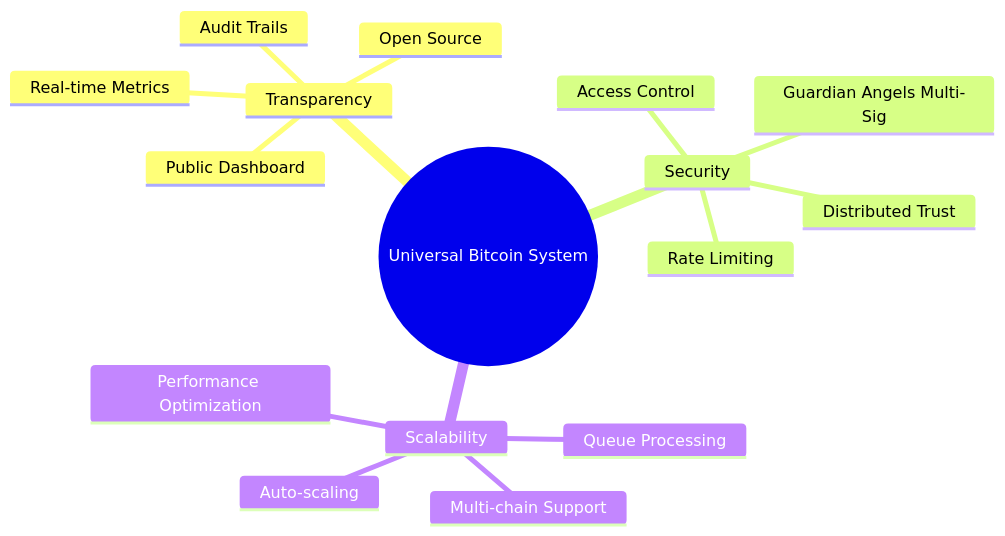
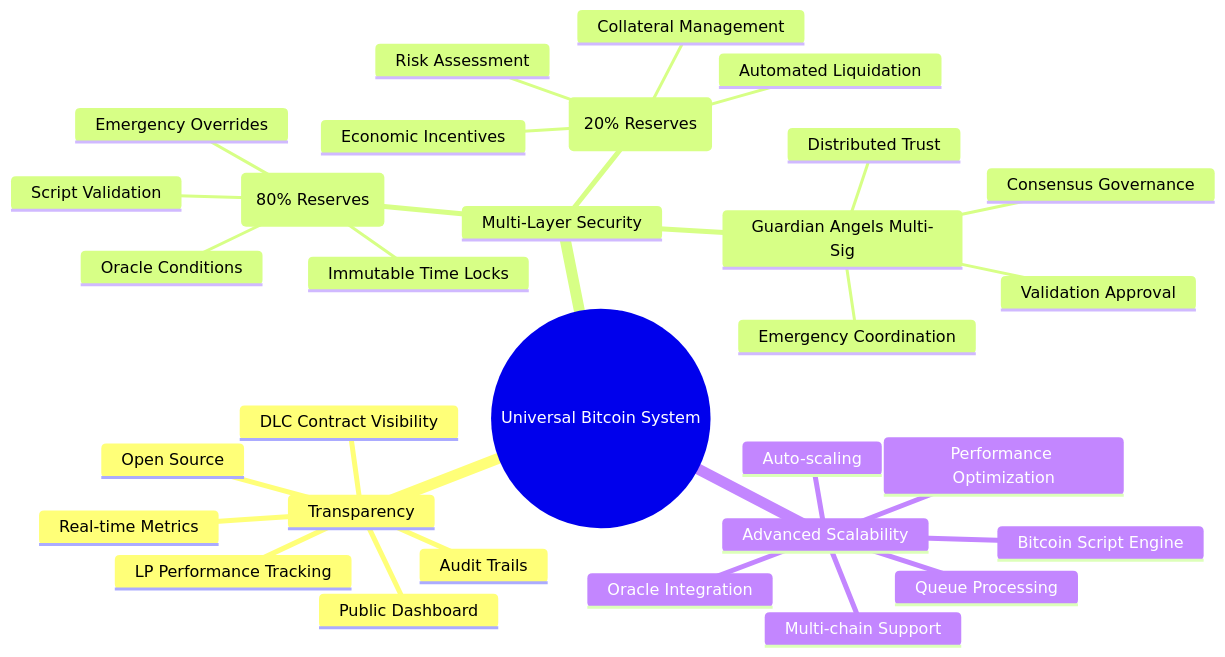
The first of 7 diagrams in .kilocode/rules/MEMORY-MAP.md (pepeneif/UniversalBitcoin), drawn with Mermaid before and after one commit. The commit also changed other lines of this file and 2 other files, not shown here.

Commit message:
Adding some ideas about DLCs as additional security layer for the BTC reserves

````diff
--- a/.kilocode/rules/MEMORY-MAP.md
+++ b/.kilocode/rules/MEMORY-MAP.md
@@ -33,21 +33,38 @@
 ```mermaid
 mindmap
   root((Universal Bitcoin System))
     Transparency
       Public Dashboard
       Real-time Metrics
+      DLC Contract Visibility
+      LP Performance Tracking
       Audit Trails
       Open Source
     
-    Security
+    Multi-Layer Security
+      DLC Protection (80% Reserves)
+        Immutable Time Locks
+        Oracle Conditions
+        Emergency Overrides
+        Script Validation
+      
+      Liquidity Providers (20% Reserves)
+        Economic Incentives
+        Collateral Management
+        Risk Assessment
+        Automated Liquidation
+      
       Guardian Angels Multi-Sig
-      Rate Limiting
-      Access Control
-      Distributed Trust
+        Consensus Governance
+        Validation Approval
+        Emergency Coordination
+        Distributed Trust
     
-    Scalability
+    Advanced Scalability
       Multi-chain Support
+      Bitcoin Script Engine
+      Oracle Integration
       Queue Processing
       Auto-scaling
       Performance Optimization
 ```
````
